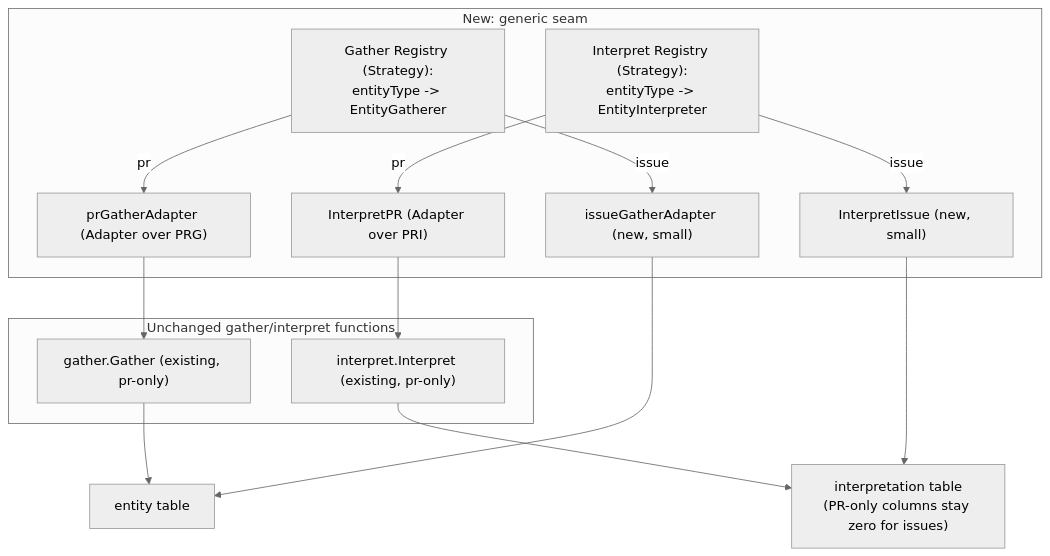
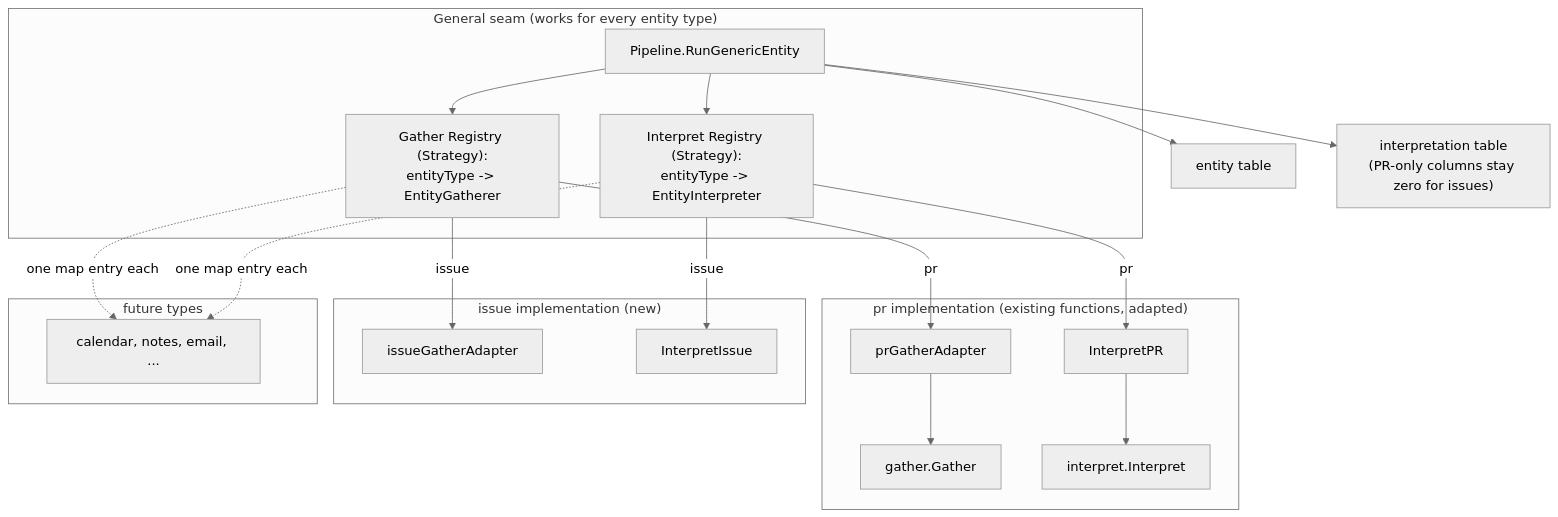
One commit to phillipgreenii/nix-agent-support changed the diagram in docs/superpowers/specs/2026-09-23-pg-desk-generic-entity-pipeline-design.md. Above: the diagram before and after it, drawn with Mermaid (neutral theme). The commit also changed other lines of this file, not shown here.

Commit message:
docs(pg2-2j5ac.46): show pr as an implementation of the general seam; explain ChangeKind

````diff
--- a/docs/superpowers/specs/2026-09-23-pg-desk-generic-entity-pipeline-design.md
+++ b/docs/superpowers/specs/2026-09-23-pg-desk-generic-entity-pipeline-design.md
@@ -60,23 +60,29 @@
 ```mermaid
 flowchart TD
-    subgraph unchanged["Unchanged gather/interpret functions"]
-        PRG["gather.Gather (existing, pr-only)"]
-        PRI["interpret.Interpret (existing, pr-only)"]
-    end
-    subgraph new["New: generic seam"]
+    subgraph seam["General seam (works for every entity type)"]
+        PIPE["Pipeline.RunGenericEntity"]
         GREG["Gather Registry (Strategy):<br/>entityType -> EntityGatherer"]
         IREG["Interpret Registry (Strategy):<br/>entityType -> EntityInterpreter"]
-        ISSG["issueGatherAdapter (new, small)"]
-        ISSI["InterpretIssue (new, small)"]
-        PRGA["prGatherAdapter (Adapter over PRG)"]
-        PRIA["InterpretPR (Adapter over PRI)"]
     end
-    GREG -->|"pr"| PRGA --> PRG
+    subgraph pr["pr implementation (existing functions, adapted)"]
+        PRGA["prGatherAdapter"] --> PRG["gather.Gather"]
+        PRIA["InterpretPR"] --> PRI["interpret.Interpret"]
+    end
+    subgraph issue["issue implementation (new)"]
+        ISSG["issueGatherAdapter"]
+        ISSI["InterpretIssue"]
+    end
+    subgraph future["future types"]
+        FUT["calendar, notes, email, ..."]
+    end
+    PIPE --> GREG
+    PIPE --> IREG
+    GREG -->|"pr"| PRGA
     GREG -->|"issue"| ISSG
-    IREG -->|"pr"| PRIA --> PRI
+    GREG -.->|"one map entry each"| FUT
+    IREG -->|"pr"| PRIA
     IREG -->|"issue"| ISSI
-    PRG --> ENT["entity table"]
-    ISSG --> ENT
-    PRI --> INT["interpretation table<br/>(PR-only columns stay zero for issues)"]
-    ISSI --> INT
+    IREG -.->|"one map entry each"| FUT
+    PIPE --> ENT["entity table"]
+    PIPE --> INT["interpretation table<br/>(PR-only columns stay zero for issues)"]
 ```
````
